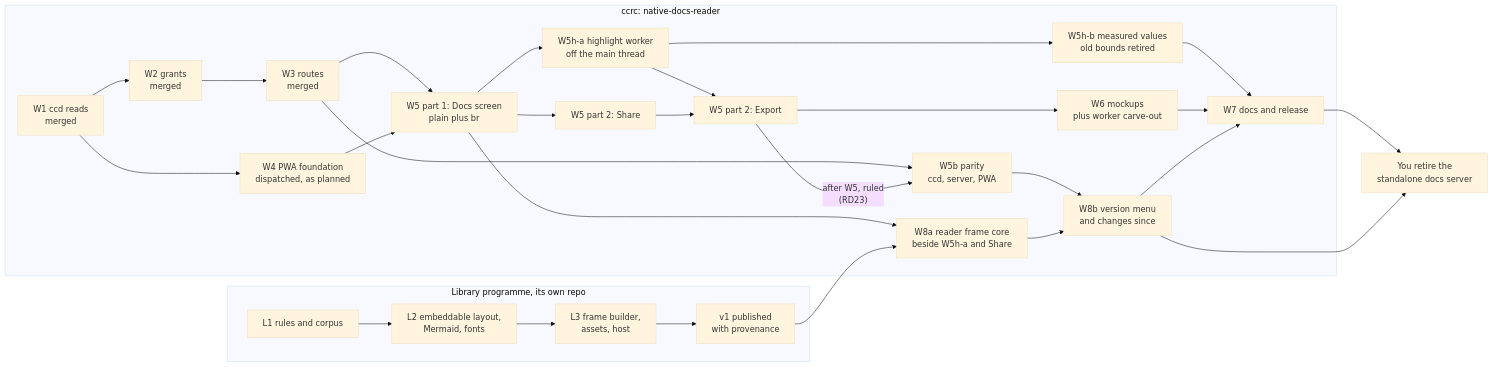
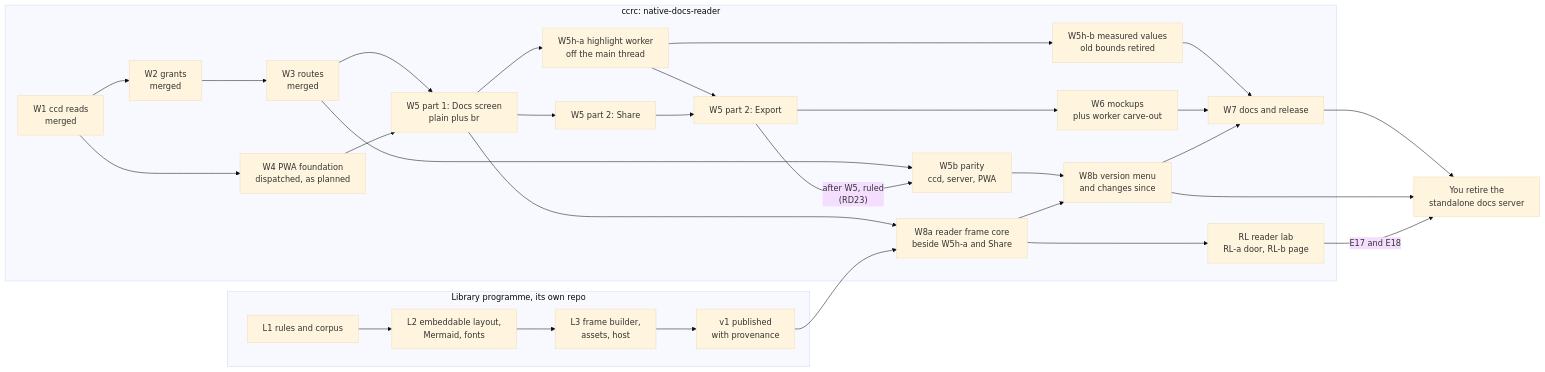
The third of 4 diagrams in docs/superpowers/specs/2026-10-12-rich-docs-reader-and-shared-renderer-design.md (Synapsium-Labs/ccrc-pwa), drawn with Mermaid (base theme) before and after one commit. The commit also changed other lines of this file and 2 other files, not shown here.

First line of the commit message:
docs(native-docs-reader): the reader lab approved; its amendments written into the rich-docs spec

````diff
--- a/docs/superpowers/specs/2026-10-12-rich-docs-reader-and-shared-renderer-design.md
+++ b/docs/superpowers/specs/2026-10-12-rich-docs-reader-and-shared-renderer-design.md
@@ -614,28 +643,30 @@
 ```mermaid
 flowchart LR
   subgraph NDR["ccrc: native-docs-reader"]
     W1["W1 ccd reads<br/>merged"] --> W2["W2 grants<br/>merged"] --> W3["W3 routes<br/>merged"]
     W1 --> W4["W4 PWA foundation<br/>dispatched, as planned"]
     W3 --> W5["W5 part 1: Docs screen<br/>plain plus br"]
     W4 --> W5
     W5 --> W5h["W5h-a highlight worker<br/>off the main thread"]
     W5h --> W5hb["W5h-b measured values<br/>old bounds retired"]
     W5hb --> W7
     W5 --> W5s["W5 part 2: Share"]
     W5h --> W5e["W5 part 2: Export"]
     W5s --> W5e
     W3 --> W5b["W5b parity<br/>ccd, server, PWA"]
     W5e -->|"after W5, ruled<br/>(RD23)"| W5b
     W5e --> W6["W6 mockups<br/>plus worker carve-out"] --> W7["W7 docs and release"]
     W5 --> W8a["W8a reader frame core<br/>beside W5h-a and Share"]
     W5b --> W8b["W8b version menu<br/>and changes since"]
     W8a --> W8b
     W8b --> W7
+    W8a --> RL["RL reader lab<br/>RL-a door, RL-b page"]
   end
   subgraph LIBP["Library programme, its own repo"]
     LA["L1 rules and corpus"] --> LB["L2 embeddable layout,<br/>Mermaid, fonts"] --> LC["L3 frame builder,<br/>assets, host"] --> V1["v1 published<br/>with provenance"]
   end
   V1 --> W8a
   W7 --> RET["You retire the<br/>standalone docs server"]
   W8b --> RET
+  RL -->|"E17 and E18"| RET
 ```
````
